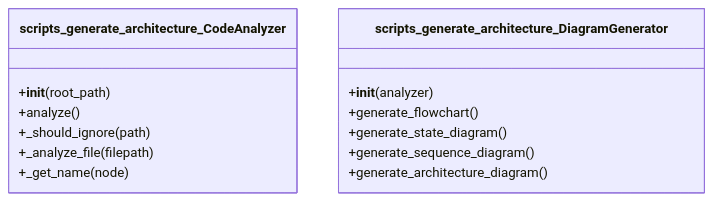
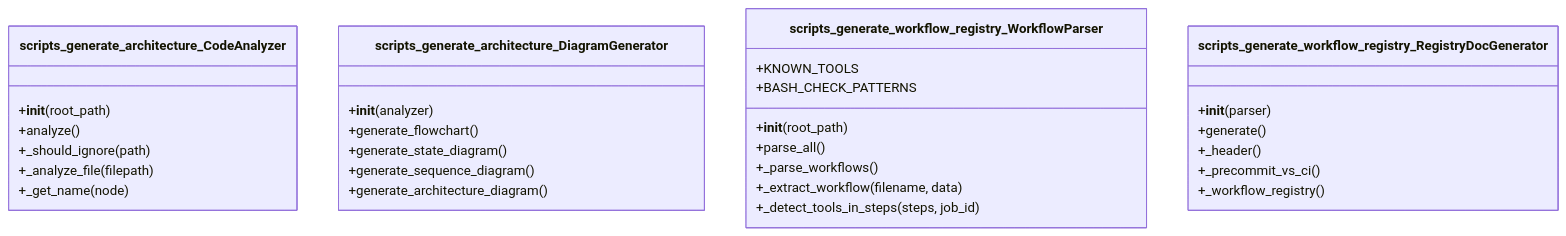
One commit to zepfu/repo-standards changed the fourth of 8 diagrams in docs/auto/ARCHITECTURE_AUTO.md. Above: the diagram before and after it, drawn with Mermaid. The commit also changed other lines of this file, not shown here.

Commit message:
docs: auto-update architecture documentation [skip ci]

````diff
--- a/docs/auto/ARCHITECTURE_AUTO.md
+++ b/docs/auto/ARCHITECTURE_AUTO.md
@@ -68,17 +68,33 @@
 ```mermaid
 classDiagram
     class scripts_generate_architecture_CodeAnalyzer {
         +__init__(root_path)
         +analyze()
         +_should_ignore(path)
         +_analyze_file(filepath)
         +_get_name(node)
     }
     class scripts_generate_architecture_DiagramGenerator {
         +__init__(analyzer)
         +generate_flowchart()
         +generate_state_diagram()
         +generate_sequence_diagram()
         +generate_architecture_diagram()
     }
+    class scripts_generate_workflow_registry_WorkflowParser {
+        +KNOWN_TOOLS
+        +BASH_CHECK_PATTERNS
+        +__init__(root_path)
+        +parse_all()
+        +_parse_workflows()
+        +_extract_workflow(filename, data)
+        +_detect_tools_in_steps(steps, job_id)
+    }
+    class scripts_generate_workflow_registry_RegistryDocGenerator {
+        +__init__(parser)
+        +generate()
+        +_header()
+        +_precommit_vs_ci()
+        +_workflow_registry()
+    }
 ```
````
